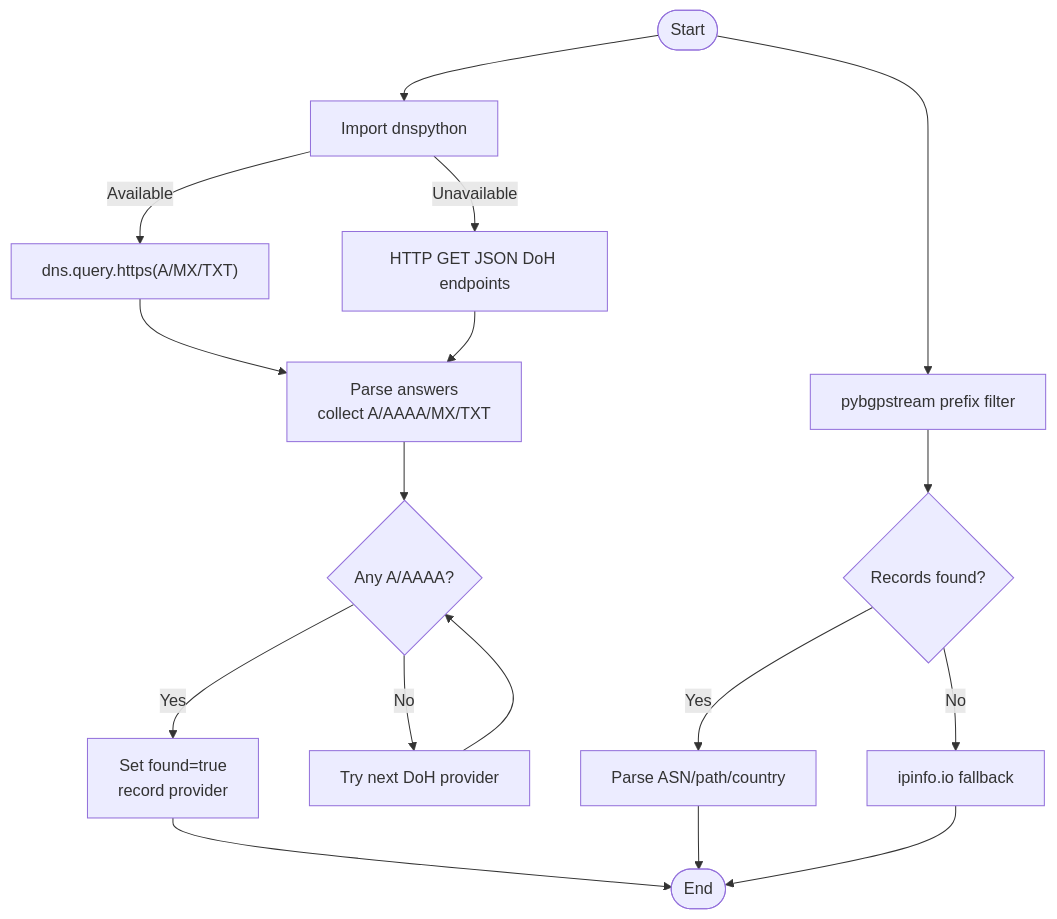
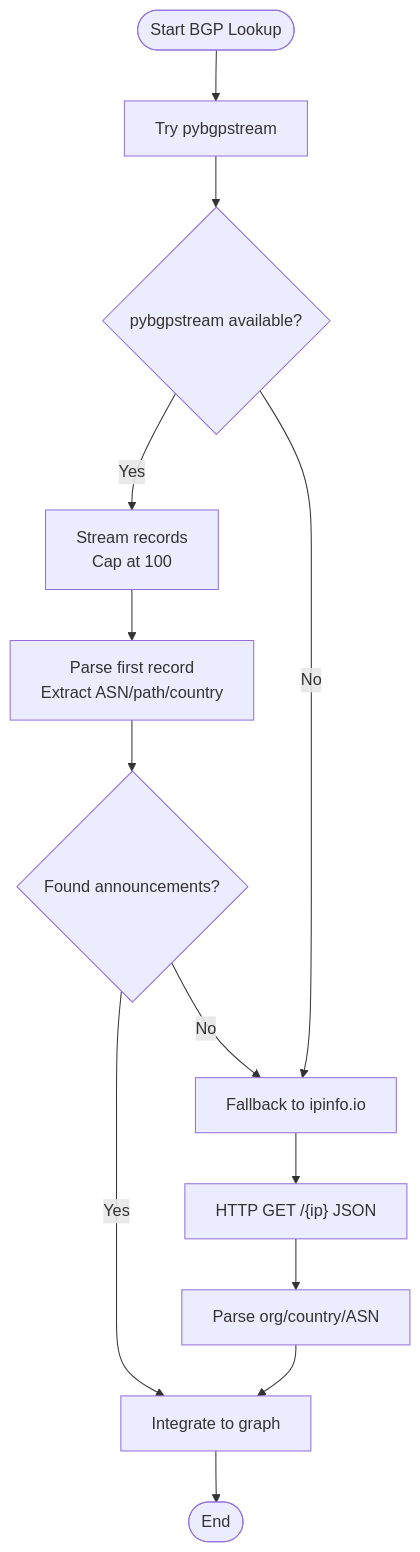
One commit to Hamulda/hledac-universal changed the third of 9 diagrams in .qoder/repowiki/en/content/Intelligence Modules/Network Intelligence.md. Above: the diagram before and after it, drawn with Mermaid. The commit also changed other lines of this file and 236 other files, not shown here.

````diff
--- a/.qoder/repowiki/en/content/Intelligence Modules/Network Intelligence.md
+++ b/.qoder/repowiki/en/content/Intelligence Modules/Network Intelligence.md
@@ -144,19 +164,15 @@
 ```mermaid
 flowchart TD
-Start(["Start"]) --> CheckDnspython["Import dnspython"]
-CheckDnspython --> |Available| DoHAsync["dns.query.https(A/MX/TXT)"]
-CheckDnspython --> |Unavailable| DoHDirect["HTTP GET JSON DoH endpoints"]
-DoHAsync --> ParseResults["Parse answers<br/>collect A/AAAA/MX/TXT"]
-DoHDirect --> ParseResults
-ParseResults --> Found{"Any A/AAAA?"}
-Found --> |Yes| MarkFound["Set found=true<br/>record provider"]
-Found --> |No| NextProvider["Try next DoH provider"]
-NextProvider --> Found
-MarkFound --> End(["End"])
-Start --> BGPStream["pybgpstream prefix filter"]
-BGPStream --> Records{"Records found?"}
-Records --> |Yes| ParseASN["Parse ASN/path/country"]
-Records --> |No| FallbackAPI["ipinfo.io fallback"]
-ParseASN --> End
-FallbackAPI --> End
+Start([Start BGP Lookup]) --> TryPybgp["Try pybgpstream"]
+TryPybgp --> PybgpSuccess{"pybgpstream available?"}
+PybgpSuccess --> |Yes| StreamEvents["Stream records<br/>Cap at 100"]
+StreamEvents --> Parse["Parse first record<br/>Extract ASN/path/country"]
+Parse --> Found{"Found announcements?"}
+Found --> |Yes| Integrate["Integrate to graph"]
+Found --> |No| Fallback["Fallback to ipinfo.io"]
+PybgpSuccess --> |No| Fallback
+Fallback --> ApiCall["HTTP GET /{ip} JSON"]
+ApiCall --> ParseApi["Parse org/country/ASN"]
+ParseApi --> Integrate
+Integrate --> End([End])
 ```
````
